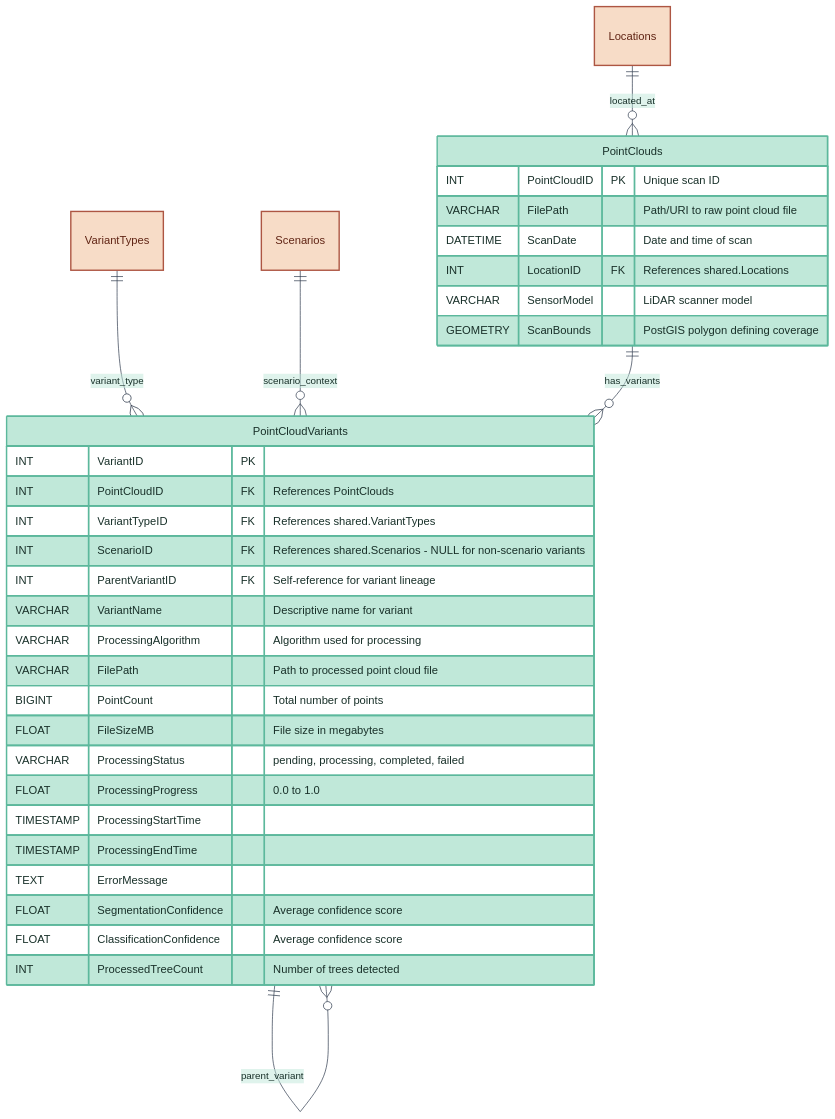
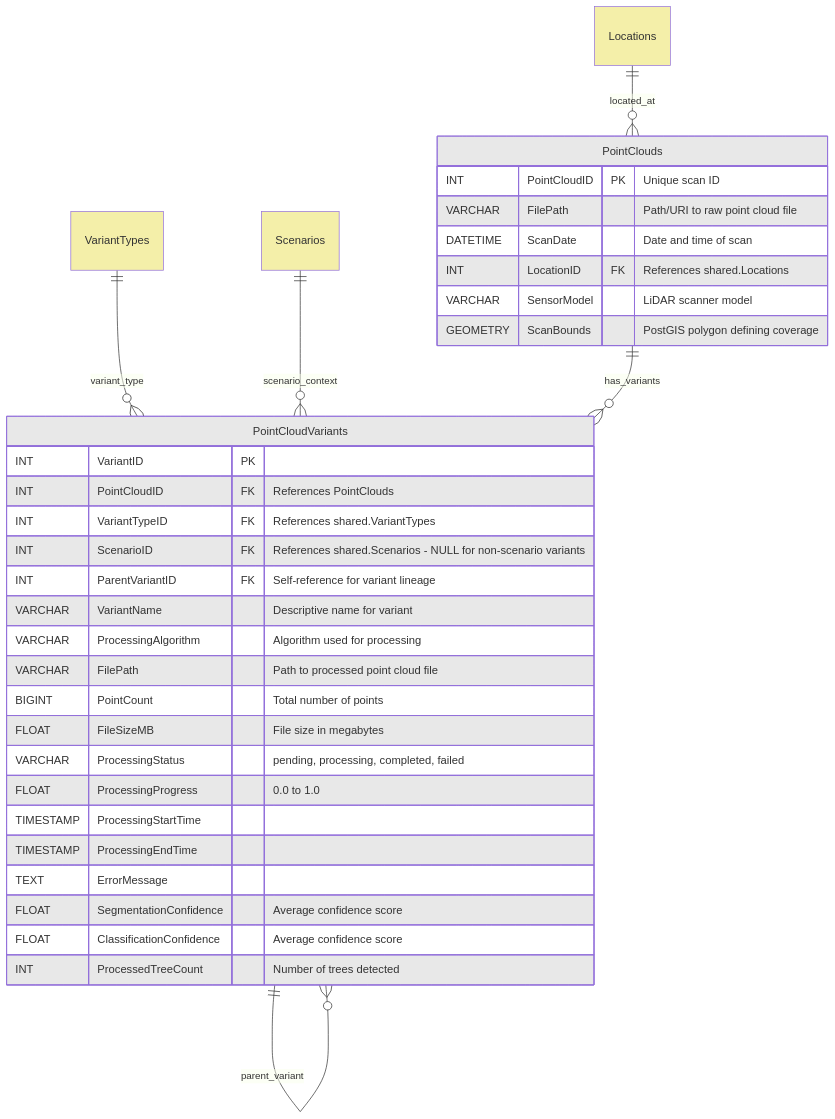
One commit to XRFutureForests/digital-twin-db changed the fifth of 8 diagrams in docs/architecture/database.md. Above: the diagram before and after it, drawn with Mermaid. The commit also changed other lines of this file and 31 other files, not shown here.

````diff
--- a/docs/architecture/database.md
+++ b/docs/architecture/database.md
@@ -164,68 +154,47 @@
 ```mermaid
-%%{
-  init: {
-    'theme': 'base',
-    'themeVariables': {
-      'background': '#FFFFFF',
-      'fontFamily': 'verdana',
-      'lineColor': '#313d4f',
-      'primaryColor': '#8cdbc0',
-      'primaryTextColor': '#183029',
-      'primaryBorderColor': '#265e4d',
-      'secondaryColor': '#71a897',
-      'secondaryTextColor': '#183029',
-      'secondaryBorderColor': '#458875',
-      'tertiaryColor': '#c0e8d9',
-      'tertiaryTextColor': '#183029',
-      'tertiaryBorderColor': '#5cb89c'
-    }
-  }
-}%%
 erDiagram
     Locations
     VariantTypes
     Scenarios
 
     PointClouds {
         INT PointCloudID PK "Unique scan ID"
         VARCHAR FilePath "Path/URI to raw point cloud file"
         DATETIME ScanDate "Date and time of scan"
         INT LocationID FK "References shared.Locations"
         VARCHAR SensorModel "LiDAR scanner model"
         GEOMETRY ScanBounds "PostGIS polygon defining coverage"
     }
 
     PointCloudVariants {
         INT VariantID PK
         INT PointCloudID FK "References PointClouds"
         INT VariantTypeID FK "References shared.VariantTypes"
         INT ScenarioID FK "References shared.Scenarios - NULL for non-scenario variants"
         INT ParentVariantID FK "Self-reference for variant lineage"
         VARCHAR VariantName "Descriptive name for variant"
         VARCHAR ProcessingAlgorithm "Algorithm used for processing"
         VARCHAR FilePath "Path to processed point cloud file"
         BIGINT PointCount "Total number of points"
         FLOAT FileSizeMB "File size in megabytes"
         VARCHAR ProcessingStatus "pending, processing, completed, failed"
         FLOAT ProcessingProgress "0.0 to 1.0"
         TIMESTAMP ProcessingStartTime
         TIMESTAMP ProcessingEndTime
         TEXT ErrorMessage
         FLOAT SegmentationConfidence "Average confidence score"
         FLOAT ClassificationConfidence "Average confidence score"
         INT ProcessedTreeCount "Number of trees detected"
     }
 
     Locations ||--o{ PointClouds : located_at
     VariantTypes ||--o{ PointCloudVariants : variant_type
     Scenarios ||--o{ PointCloudVariants : scenario_context
     PointClouds ||--o{ PointCloudVariants : has_variants
     PointCloudVariants ||--o{ PointCloudVariants : parent_variant
 
-    %% Table coloring
-    classDef refTable fill:#f7dcc7,stroke:#ad5643,stroke-width:2px,color:#612515
-    classDef coreTable fill:#c0e8d9,stroke:#5cb89c,stroke-width:2px,color:#183029
-    
-    class Locations,VariantTypes,Scenarios refTable
-    class PointClouds,PointCloudVariants coreTable
+    classDef shared fill:#F4EFA9
+    classDef pointcloud fill:#e8e8e8
+    class Locations,VariantTypes,Scenarios shared
+    class PointClouds,PointCloudVariants pointcloud
 ```
````
